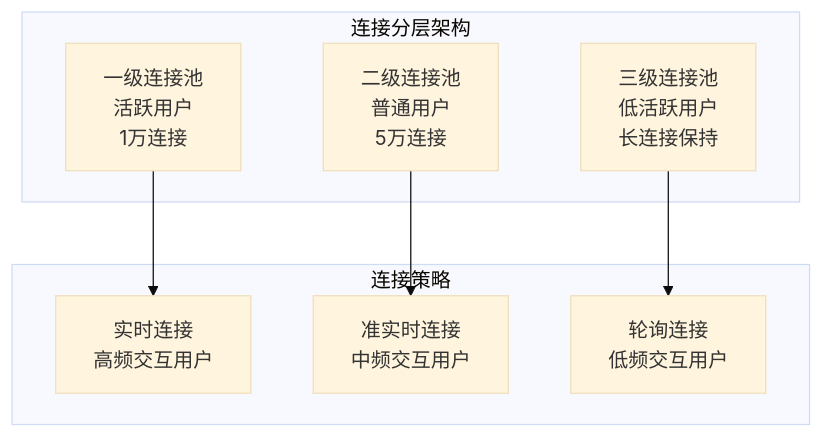
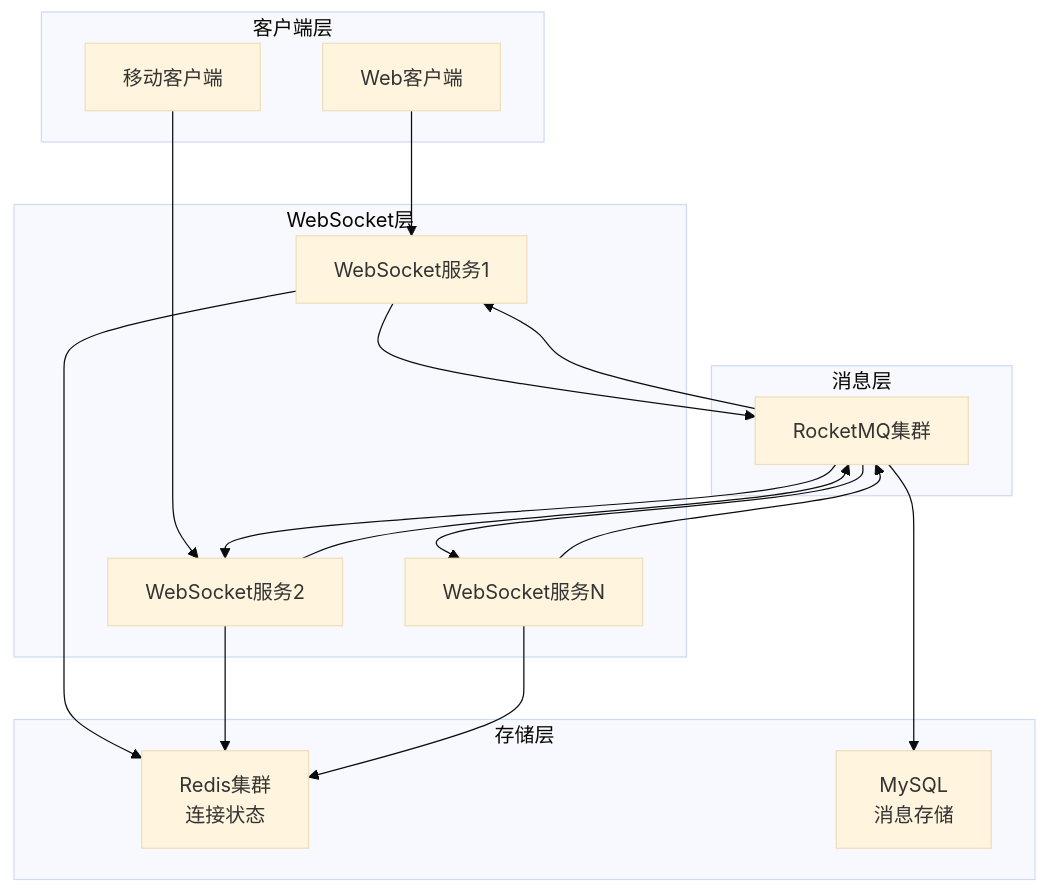
One commit to carso66/maxkb changed the sixth of 9 diagrams in technical-solution.md. Above: the diagram before and after it, drawn with Mermaid (base theme). The commit also changed other lines of this file, not shown here.

````diff
--- a/technical-solution.md
+++ b/technical-solution.md
@@ -1755,18 +1634,39 @@
 ```mermaid
 graph TD
-    subgraph "连接分层架构"
-        L1[一级连接池<br>活跃用户<br>1万连接]
-        L2[二级连接池<br>普通用户<br>5万连接]
-        L3[三级连接池<br>低活跃用户<br>长连接保持]
+    subgraph "客户端层"
+        C1[Web客户端]
+        C2[移动客户端]
     end
     
-    subgraph "连接策略"
-        S1[实时连接<br>高频交互用户]
-        S2[准实时连接<br>中频交互用户]
-        S3[轮询连接<br>低频交互用户]
+    subgraph "WebSocket层"
+        WS1[WebSocket服务1]
+        WS2[WebSocket服务2]
+        WS3[WebSocket服务N]
     end
     
-    L1 --> S1
-    L2 --> S2
-    L3 --> S3
+    subgraph "消息层"
+        MQ[RocketMQ集群]
+    end
+    
+    subgraph "存储层"
+        Redis[Redis集群<br>连接状态]
+        MySQL[MySQL<br>消息存储]
+    end
+    
+    C1 --> WS1
+    C2 --> WS2
+    
+    WS1 --> MQ
+    WS2 --> MQ
+    WS3 --> MQ
+    
+    MQ --> WS1
+    MQ --> WS2
+    MQ --> WS3
+    
+    WS1 --> Redis
+    WS2 --> Redis
+    WS3 --> Redis
+    
+    MQ --> MySQL
 ```
````
